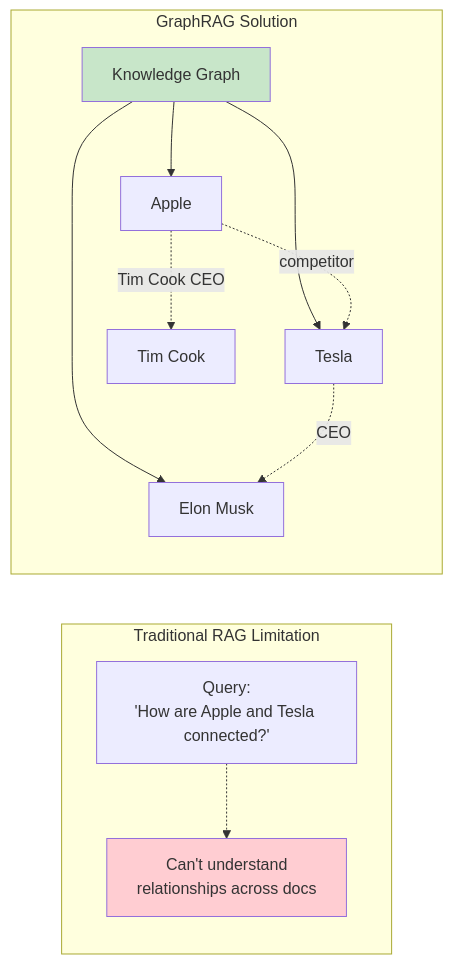
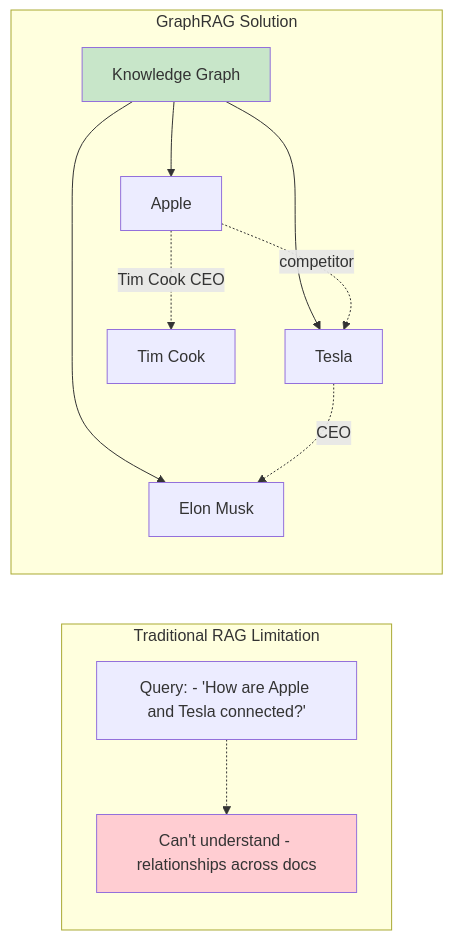
The fifth of 10 diagrams in docs/learning/08-advanced-rag.md (indhra/llm_rag_sec_findings), drawn with Mermaid before and after one commit. The commit also changed other lines of this file and 9 other files, not shown here.

````diff
--- a/docs/learning/08-advanced-rag.md
+++ b/docs/learning/08-advanced-rag.md
@@ -243,19 +243,19 @@
 ```mermaid
 graph LR
     subgraph "Traditional RAG Limitation"
-        Q[Query:<br/>'How are Apple and Tesla connected?']
-        Q -.-> L[Can't understand<br/>relationships across docs]
+        Q[Query: - 'How are Apple and Tesla connected?']
+        Q -.-> L[Can't understand - relationships across docs]
     end
     
     subgraph "GraphRAG Solution"
         G[Knowledge Graph] --> E1[Apple]
         G --> E2[Tesla]
         G --> R1[Elon Musk]
         E1 -.competitor.-> E2
         E2 -.CEO.-> R1
         E1 -.Tim Cook CEO.-> TC[Tim Cook]
     end
     
     style L fill:#ffcdd2
     style G fill:#c8e6c9
 ```
````
